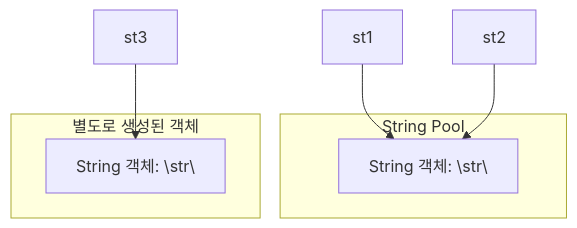
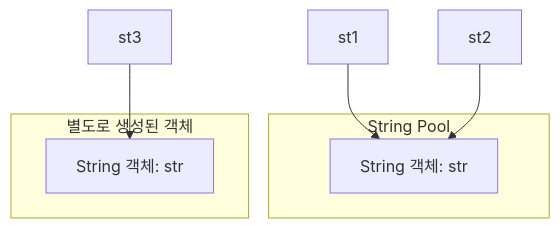
One commit to CHEDDARcb/Passionate-Java changed the third of 4 diagrams in Chpater11_Method_Overloading_and_the_String_Class/Java String과 String Pool.md. Above: the diagram before and after it, drawn with Mermaid. The commit also changed other lines of this file, not shown here.

Commit message:
Update String literals in diagrams for clarity

````diff
--- a/Chpater11_Method_Overloading_and_the_String_Class/Java String과 String Pool.md
+++ b/Chpater11_Method_Overloading_and_the_String_Class/Java String과 String Pool.md
@@ -89,14 +89,14 @@
 ```mermaid
 flowchart TD
     subgraph Pool["String Pool"]
-        A["String 객체: \"str\""]
+        A["String 객체: str"]
     end
 
     subgraph Heap["별도로 생성된 객체"]
-        B["String 객체: \"str\""]
+        B["String 객체: str"]
     end
 
     S1["st1"] --> A
     S2["st2"] --> A
     S3["st3"] --> B
 ```
````
